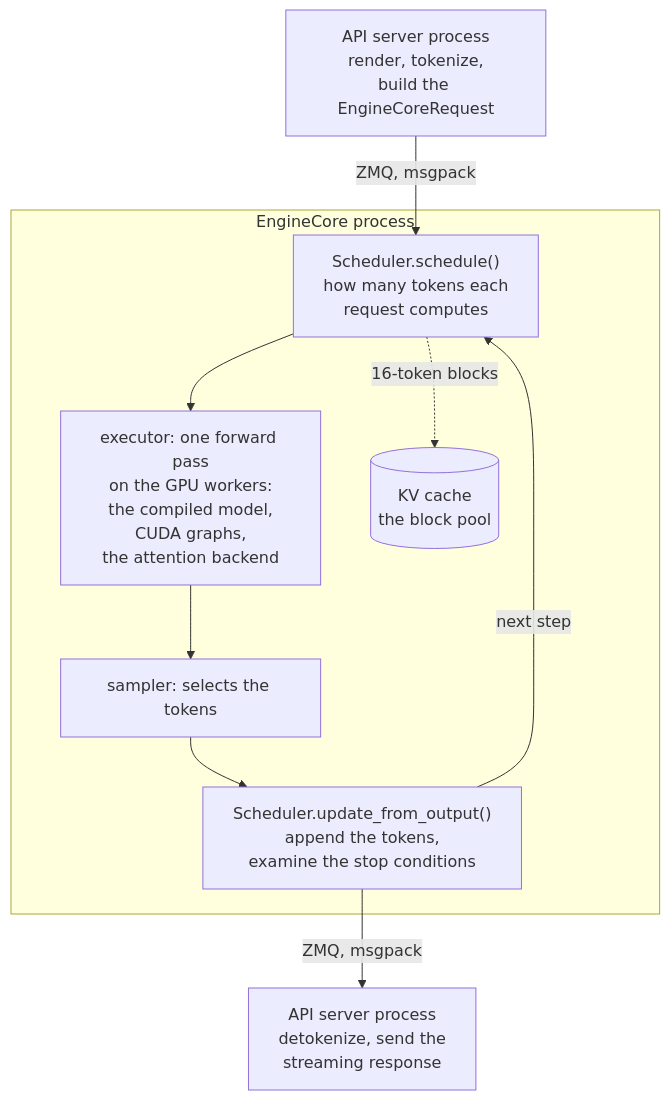
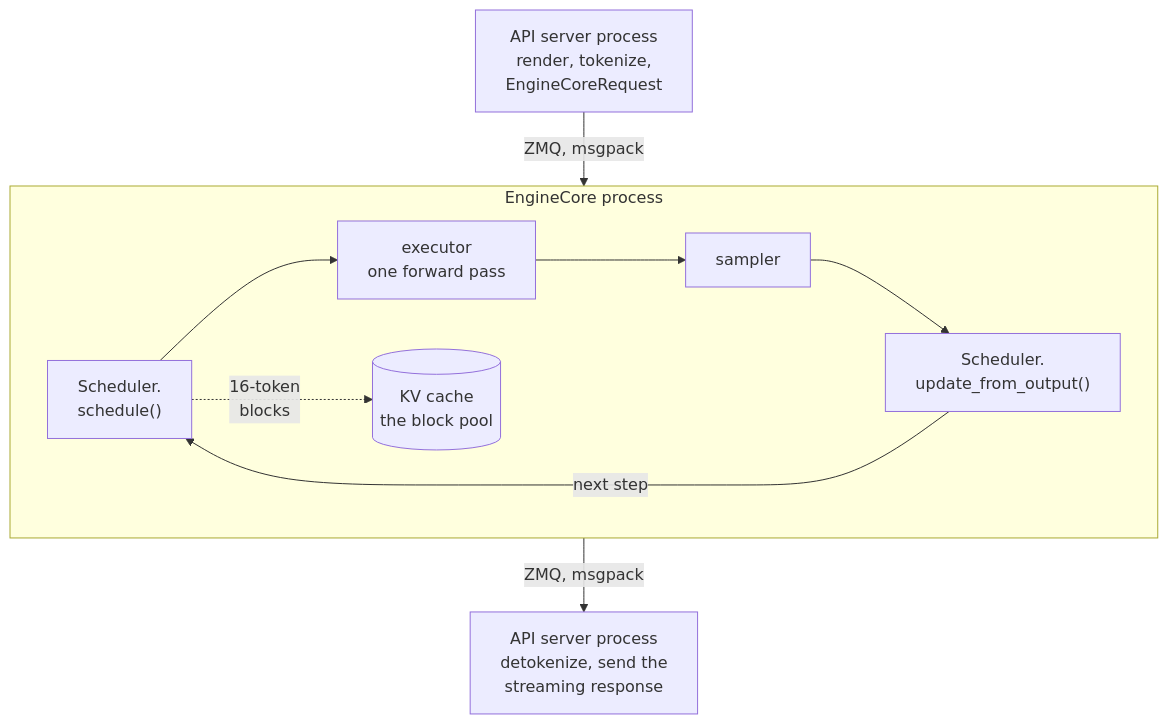
One commit to aniryou/full-stack-agentic-engineer changed the first of 5 diagrams in 04-inference-engine/vllm-internals/vllm-internals-primer.md. Above: the diagram before and after it, drawn with Mermaid. The commit also changed other lines of this file and 633 other files, not shown here.

First line of the commit message:
Accessible language and one-screen figures, part 1: every figure fits a screen, the STE second pass over the layers (#53)

````diff
--- a/04-inference-engine/vllm-internals/vllm-internals-primer.md
+++ b/04-inference-engine/vllm-internals/vllm-internals-primer.md
@@ -56,12 +56,13 @@
 ```mermaid
 flowchart TB
-  R["API server process<br/>render, tokenize,<br/>build the EngineCoreRequest"] -->|"ZMQ, msgpack"| S
+  R["API server process<br/>render, tokenize,<br/>EngineCoreRequest"] -->|"ZMQ, msgpack"| CORE
   subgraph CORE["EngineCore process"]
-    S["Scheduler.schedule()<br/>how many tokens each<br/>request computes"] --> X["executor: one forward pass<br/>on the GPU workers:<br/>the compiled model,<br/>CUDA graphs,<br/>the attention backend"]
-    X --> P["sampler: selects the tokens"]
-    P --> U["Scheduler.update_from_output()<br/>append the tokens,<br/>examine the stop conditions"]
+    direction LR
+    S["Scheduler.<br/>schedule()"] --> X["executor<br/>one forward pass"]
+    X --> P["sampler"]
+    P --> U["Scheduler.<br/>update_from_output()"]
     U -->|"next step"| S
-    S -.->|"16-token blocks"| K[("KV cache<br/>the block pool")]
+    S -.->|"16-token<br/>blocks"| K[("KV cache<br/>the block pool")]
   end
-  U -->|"ZMQ, msgpack"| O["API server process<br/>detokenize, send the<br/>streaming response"]
+  CORE -->|"ZMQ, msgpack"| O["API server process<br/>detokenize, send the<br/>streaming response"]
 ```
````
